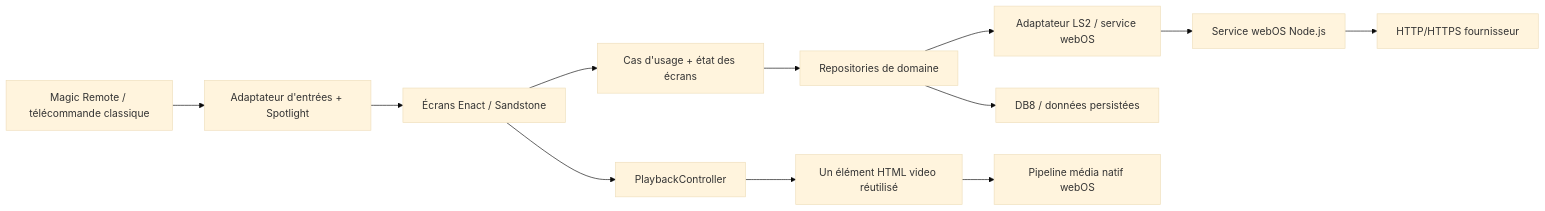
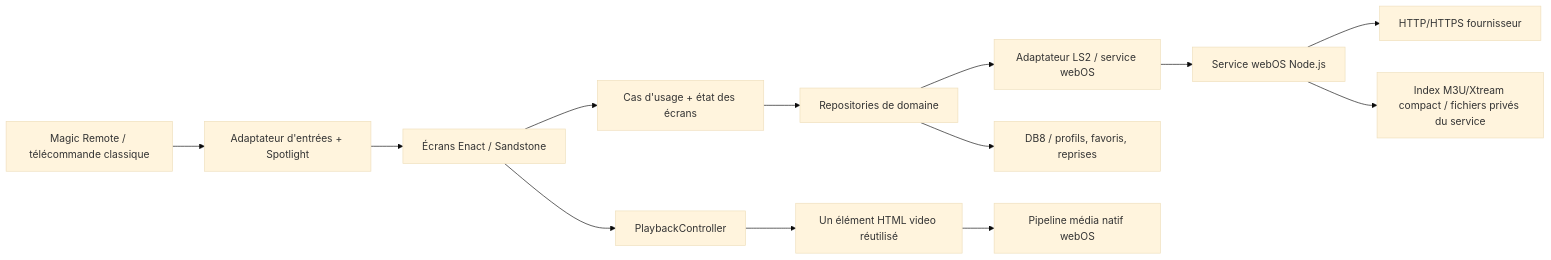
Before and after one commit to ouagkamel/IPTV: the diagram in docs/spec-lecteur-iptv-webos.md, drawn with Mermaid (base theme). The commit also changed other lines of this file, not shown here.

````diff
--- a/docs/spec-lecteur-iptv-webos.md
+++ b/docs/spec-lecteur-iptv-webos.md
@@ -91,14 +93,15 @@
 ```mermaid
 flowchart LR
   R[Magic Remote / télécommande classique] --> K[Adaptateur d'entrées + Spotlight]
   K --> UI[Écrans Enact / Sandstone]
   UI --> UC[Cas d'usage + état des écrans]
   UC --> REP[Repositories de domaine]
   REP --> LS2[Adaptateur LS2 / service webOS]
   LS2 --> JS[Service webOS Node.js]
   JS --> NET[HTTP/HTTPS fournisseur]
-  REP --> DB[DB8 / données persistées]
+  JS --> CAT[Index M3U/Xtream compact / fichiers privés du service]
+  REP --> DB[DB8 / profils, favoris, reprises]
   UI --> PC[PlaybackController]
   PC --> VID[Un élément HTML video réutilisé]
   VID --> MEDIA[Pipeline média natif webOS]
 ```
````
